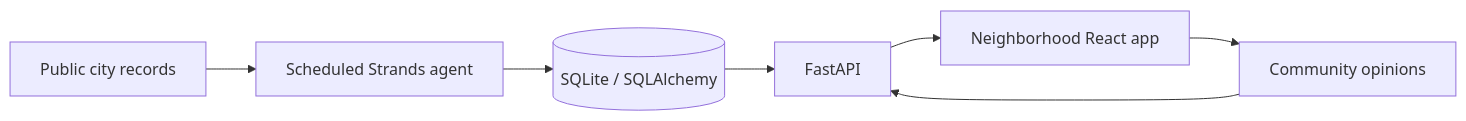
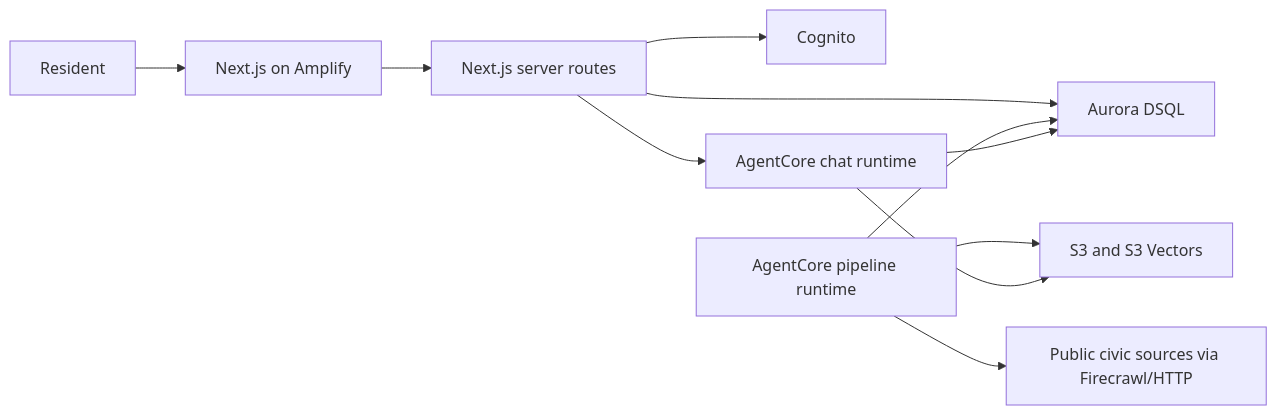
The diagram in docs/architecture.md (k1lst1x/DOCKET), drawn with Mermaid before and after one commit. The commit also changed other lines of this file and 29 other files, not shown here.

````diff
--- a/docs/architecture.md
+++ b/docs/architecture.md
@@ -19,9 +5,13 @@
 ```mermaid
 flowchart LR
-  Records[Public city records] --> Agent[Scheduled Strands agent]
-  Agent --> Store[(SQLite / SQLAlchemy)]
-  Store --> API[FastAPI]
-  API --> UI[Neighborhood React app]
-  UI --> Votes[Community opinions]
-  Votes --> API
+  Resident --> UI[Next.js on Amplify]
+  UI --> WebAPI[Next.js server routes]
+  WebAPI --> Cognito[Cognito]
+  WebAPI --> DSQL[Aurora DSQL]
+  WebAPI --> Chat[AgentCore chat runtime]
+  Pipeline[AgentCore pipeline runtime] --> DSQL
+  Pipeline --> S3[S3 and S3 Vectors]
+  Pipeline --> Sources[Public civic sources via Firecrawl/HTTP]
+  Chat --> DSQL
+  Chat --> S3
 ```
````
